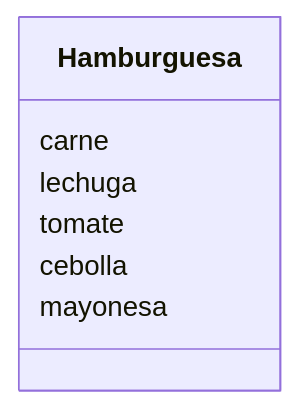
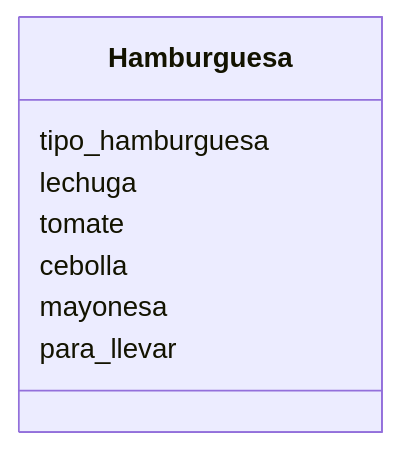
Before and after one commit to bk320/psg-oop-2025: the diagram in retos_sesion_01/ejercicio_01.md, drawn with Mermaid. The commit also changed other lines of this file and 2 other files, not shown here.

````diff
--- a/retos_sesion_01/ejercicio_01.md
+++ b/retos_sesion_01/ejercicio_01.md
@@ -51,10 +53,11 @@
 ```mermaid
 classDiagram
     class Hamburguesa {
-        carne
+        tipo_hamburguesa
         lechuga
         tomate
         cebolla
         mayonesa
+        para_llevar
     }
 ```
````
